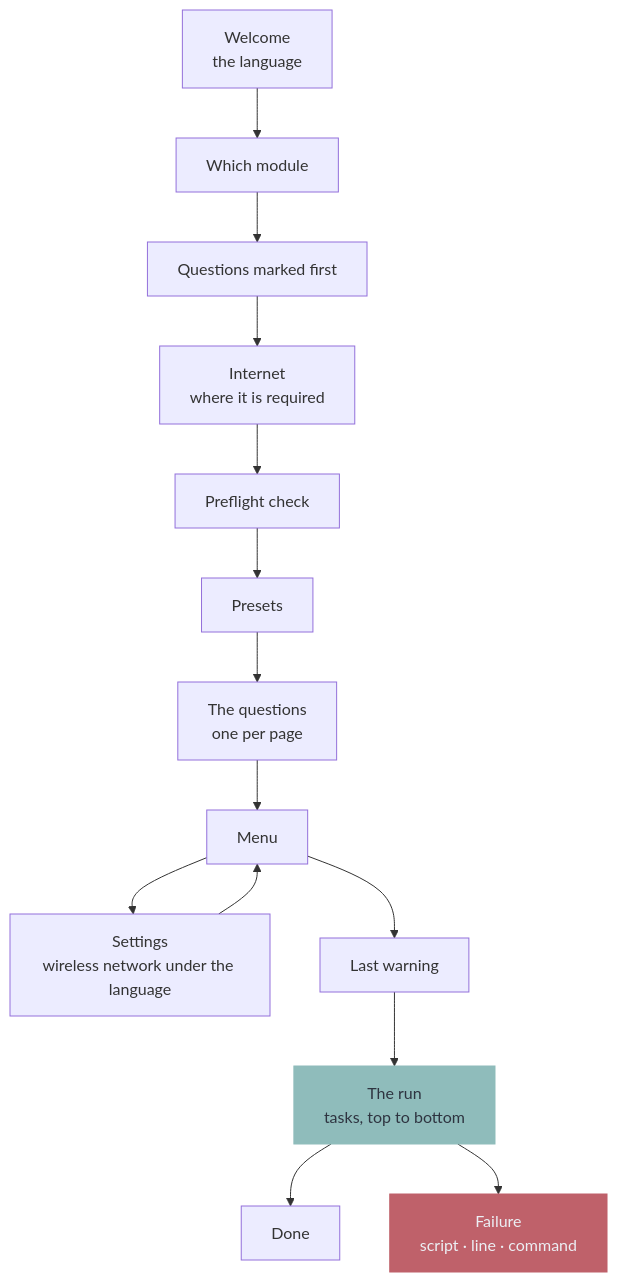
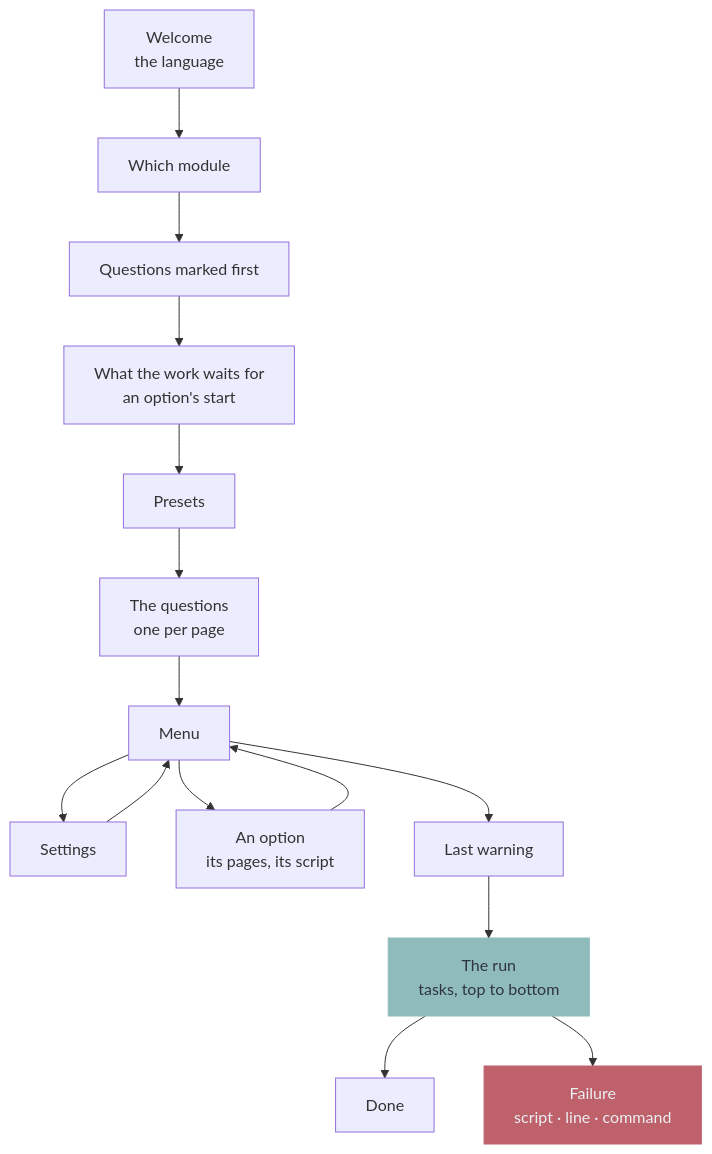
One commit to murkl/oak changed the second of 3 diagrams in docs/README.md. Above: the diagram before and after it, drawn with Mermaid. The commit also changed other lines of this file and 42 other files, not shown here.

````diff
--- a/docs/README.md
+++ b/docs/README.md
@@ -76,14 +76,15 @@
 ```mermaid
 flowchart TD
     L["Welcome<br/>the language"] --> W["Which module"] --> Q1["Questions marked first"]
-    Q1 --> N["Internet<br/>where it is required"] --> P["Preflight check"] --> PR["Presets"]
+    Q1 --> N["What the work waits for<br/>an option's start"] --> PR["Presets"]
     PR --> Q["The questions<br/>one per page"]
     Q --> H["Menu"]
-    H --> SE["Settings<br/>wireless network under the language"] --> H
+    H --> SE["Settings"] --> H
+    H --> OP["An option<br/>its pages, its script"] --> H
     H --> CF["Last warning"] --> R["The run<br/>tasks, top to bottom"]
     R --> OK["Done"]
     R --> ER["Failure<br/>script · line · command"]
 
     style ER fill:#bf616a,stroke:#bf616a,color:#eceff4
     style R fill:#8fbcbb,stroke:#8fbcbb,color:#2e3440
 ```
````
